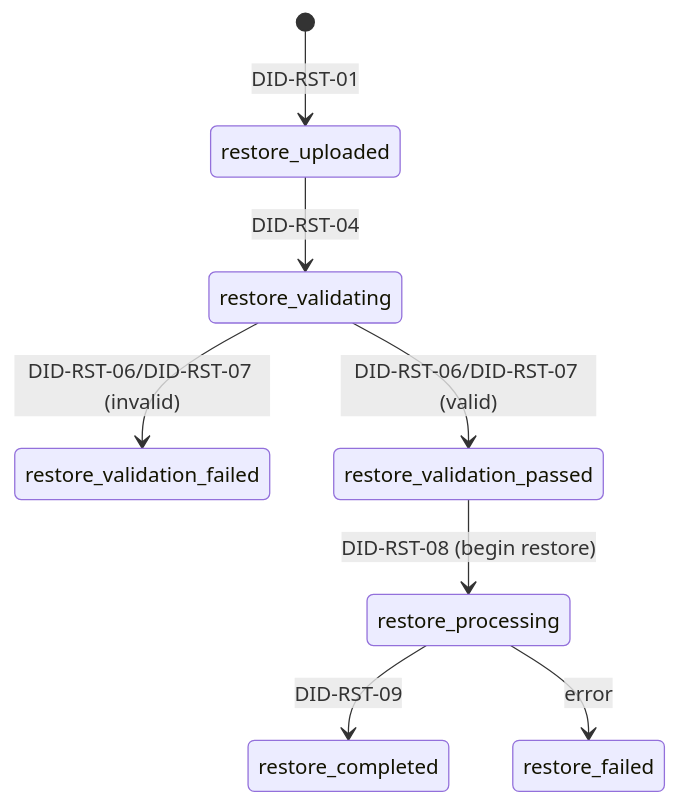
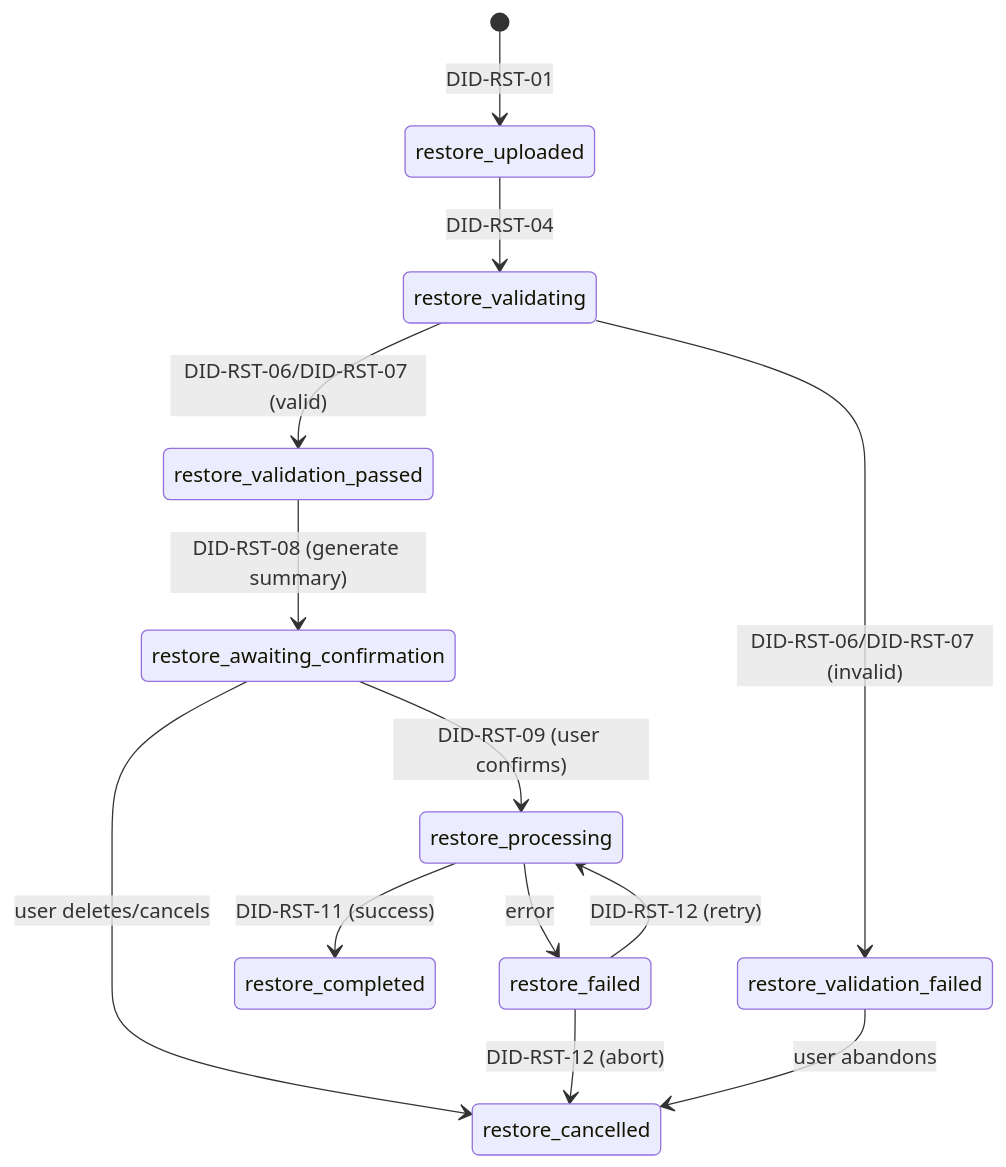
Before and after one commit to mazerunner70/housef3: the third of 3 diagrams in docs/fzip-restore-flow.md, drawn with Mermaid. The commit also changed other lines of this file and 20 other files, not shown here.

````diff
--- a/docs/fzip-restore-flow.md
+++ b/docs/fzip-restore-flow.md
@@ -136,10 +156,15 @@
 ```mermaid
 stateDiagram-v2
   [*] --> restore_uploaded: DID-RST-01
   restore_uploaded --> restore_validating: DID-RST-04
   restore_validating --> restore_validation_failed: DID-RST-06/DID-RST-07 (invalid)
   restore_validating --> restore_validation_passed: DID-RST-06/DID-RST-07 (valid)
-  restore_validation_passed --> restore_processing: DID-RST-08 (begin restore)
-  restore_processing --> restore_completed: DID-RST-09
+  restore_validation_passed --> restore_awaiting_confirmation: DID-RST-08 (generate summary)
+  restore_awaiting_confirmation --> restore_processing: DID-RST-09 (user confirms)
+  restore_awaiting_confirmation --> restore_cancelled: user deletes/cancels
+  restore_processing --> restore_completed: DID-RST-11 (success)
   restore_processing --> restore_failed: error
+  restore_failed --> restore_processing: DID-RST-12 (retry)
+  restore_failed --> restore_cancelled: DID-RST-12 (abort)
+  restore_validation_failed --> restore_cancelled: user abandons
 ```
````
